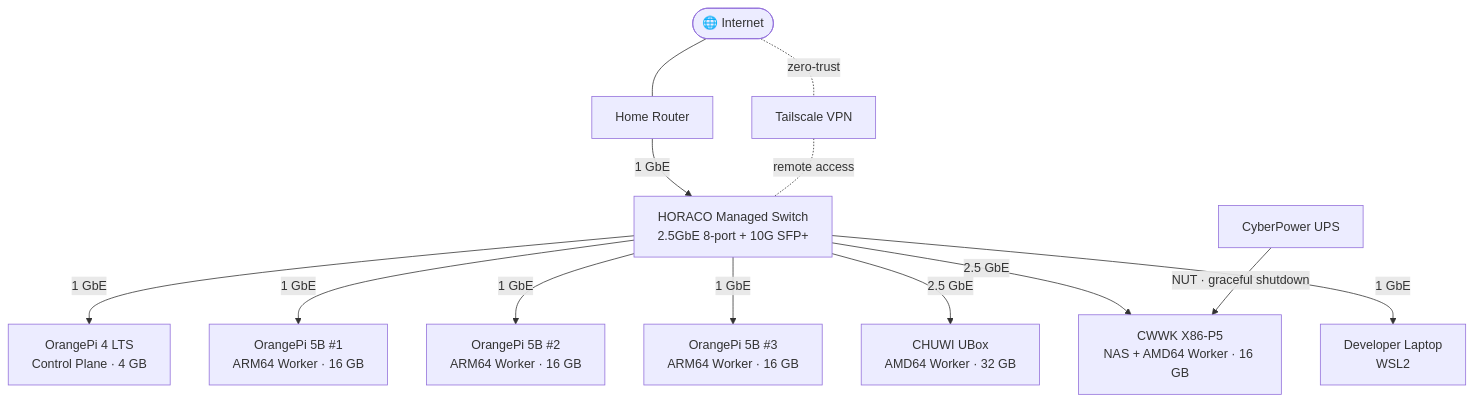
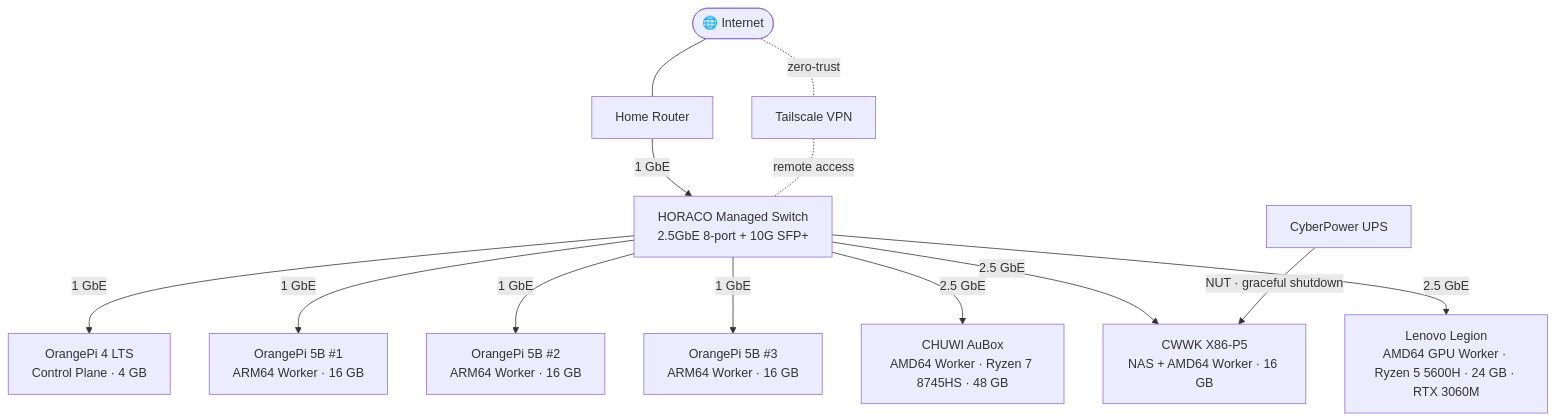
One commit to datahub-local/datahub-local changed the diagram in docs/cluster_setup/hardware.md. Above: the diagram before and after it, drawn with Mermaid. The commit also changed other lines of this file and 11 other files, not shown here.

````diff
--- a/docs/cluster_setup/hardware.md
+++ b/docs/cluster_setup/hardware.md
@@ -37,22 +37,22 @@
 ```mermaid
 graph TD
     Internet(["🌐 Internet"])
     Router["Home Router"]
     Tailscale["Tailscale VPN"]
 
     Internet --- Router
     Internet -. "zero-trust" .- Tailscale
 
     Router -->|"1 GbE"| Switch["HORACO Managed Switch\n2.5GbE 8-port + 10G SFP+"]
 
     Switch -->|"1 GbE"| CP["OrangePi 4 LTS\nControl Plane · 4 GB"]
     Switch -->|"1 GbE"| W1["OrangePi 5B #1\nARM64 Worker · 16 GB"]
     Switch -->|"1 GbE"| W2["OrangePi 5B #2\nARM64 Worker · 16 GB"]
     Switch -->|"1 GbE"| W3["OrangePi 5B #3\nARM64 Worker · 16 GB"]
-    Switch -->|"2.5 GbE"| AMD["CHUWI UBox\nAMD64 Worker · 32 GB"]
+    Switch -->|"2.5 GbE"| AMD["CHUWI AuBox\nAMD64 Worker · Ryzen 7 8745HS · 48 GB"]
     Switch -->|"2.5 GbE"| NAS["CWWK X86-P5\nNAS + AMD64 Worker · 16 GB"]
-    Switch -->|"1 GbE"| Laptop["Developer Laptop\nWSL2"]
+    Switch -->|"2.5 GbE"| AMD2["Lenovo Legion\nAMD64 GPU Worker · Ryzen 5 5600H · 24 GB · RTX 3060M"]
 
     UPS["CyberPower UPS"] -->|"NUT · graceful shutdown"| NAS
     Tailscale -. "remote access" .- Switch
 ```
````
